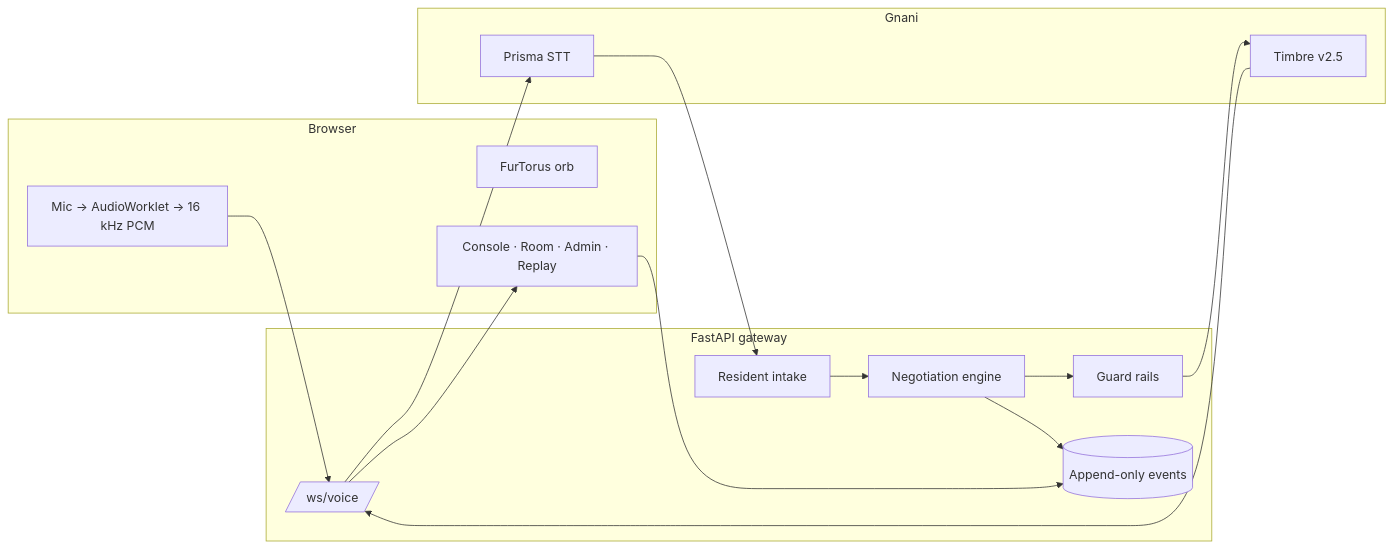
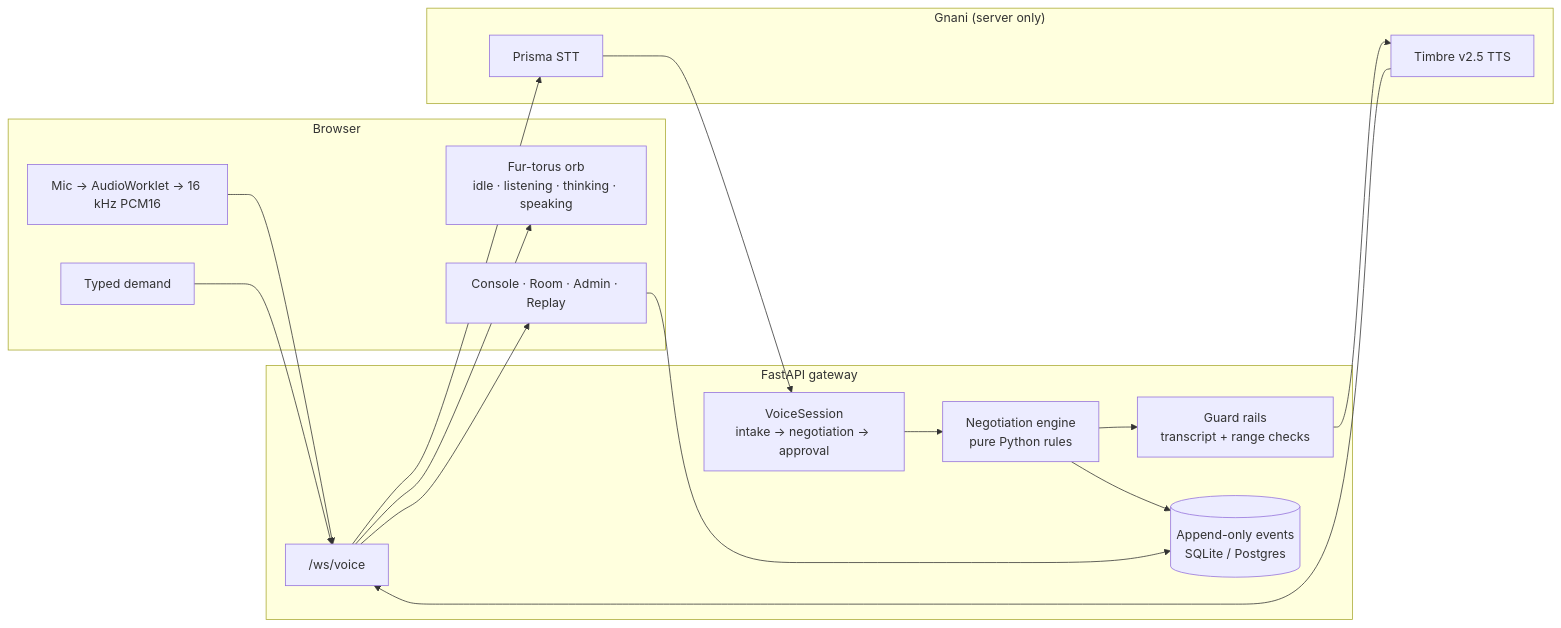
Before and after one commit to RHarshith2005/gnani: the diagram in README.md, drawn with Mermaid. The commit also changed other lines of this file and 8 other files, not shown here.

````diff
--- a/README.md
+++ b/README.md
@@ -242,29 +102,35 @@
 ```mermaid
 flowchart LR
   subgraph Browser
-    mic[Mic → AudioWorklet → 16 kHz PCM]
-    orb[FurTorus orb]
-    ui[Console · Room · Admin · Replay]
+    mic["Mic → AudioWorklet → 16 kHz PCM16"]
+    text["Typed demand"]
+    orb["Fur-torus orb<br/>idle · listening · thinking · speaking"]
+    ui["Console · Room · Admin · Replay"]
   end
-  subgraph API[FastAPI gateway]
-    ws[/ws/voice/]
-    intake[Resident intake]
-    engine[Negotiation engine]
-    guard[Guard rails]
-    events[(Append-only events)]
+
+  subgraph API["FastAPI gateway"]
+    ws["/ws/voice"]
+    session["VoiceSession<br/>intake → negotiation → approval"]
+    engine["Negotiation engine<br/>pure Python rules"]
+    guard["Guard rails<br/>transcript + range checks"]
+    events[("Append-only events<br/>SQLite / Postgres")]
   end
-  subgraph Gnani
-    stt[Prisma STT]
-    tts[Timbre v2.5]
+
+  subgraph OptionalGnani["Gnani (server only)"]
+    stt["Prisma STT"]
+    tts["Timbre v2.5 TTS"]
   end
+
   mic --> ws
+  text --> ws
   ws --> stt
-  stt --> intake
-  intake --> engine
+  stt --> session
+  session --> engine
   engine --> guard
   guard --> tts
   tts --> ws
+  ws --> orb
   ws --> ui
   engine --> events
   ui --> events
 ```
````
